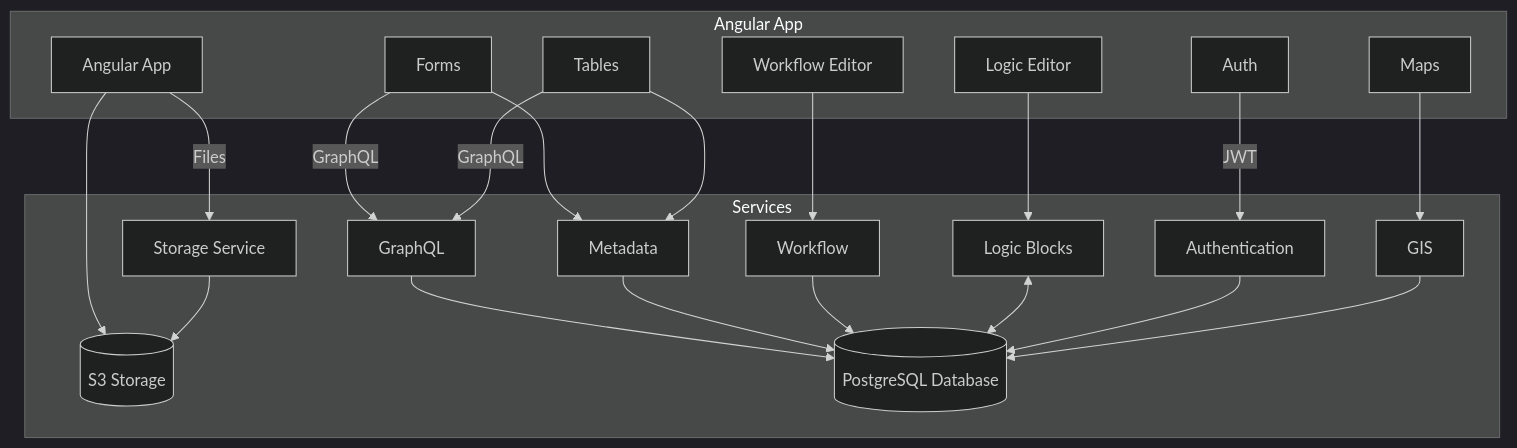
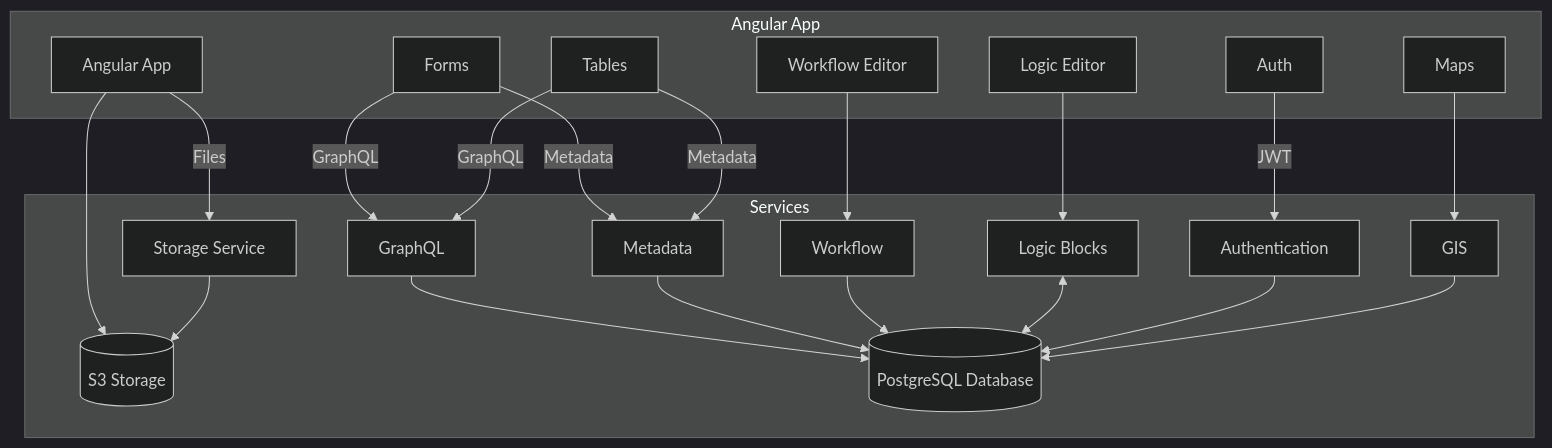
Before and after one commit to civic-os/vision: the diagram in TechnicalArchitecture.md, drawn with Mermaid (dark theme). The commit also changed other lines of this file, not shown here.

Commit message:
Add Link to Metadata service

````diff
--- a/TechnicalArchitecture.md
+++ b/TechnicalArchitecture.md
@@ -7,32 +7,32 @@
 ```mermaid
 flowchart TD
     subgraph Angular App
         ng[Angular App]
         forms[Forms]
         tables[Tables]
         workflow[Workflow Editor]
         logic[Logic Editor]
         auth[Auth]
         maps[Maps]
     end
     forms -- GraphQL --> GraphQL
     tables -- GraphQL --> GraphQL
-    forms --> meta
-    tables --> meta
+    forms -- Metadata --> meta
+    tables -- Metadata --> meta
     workflow --> workflowService
     logic --> logicService
     maps --> gisService
     ng --> s3
     auth -- JWT --> authService
     ng -- Files --> storage
     subgraph Services
         GraphQL --> db
         meta[Metadata] --> db
         workflowService[Workflow] --> db
         logicService[Logic Blocks] <--> db
         authService[Authentication] --> db
         gisService[GIS] --> db
         db[(PostgreSQL Database)]
         storage[Storage Service] --> s3[(S3 Storage)]
     end
 ```
````
